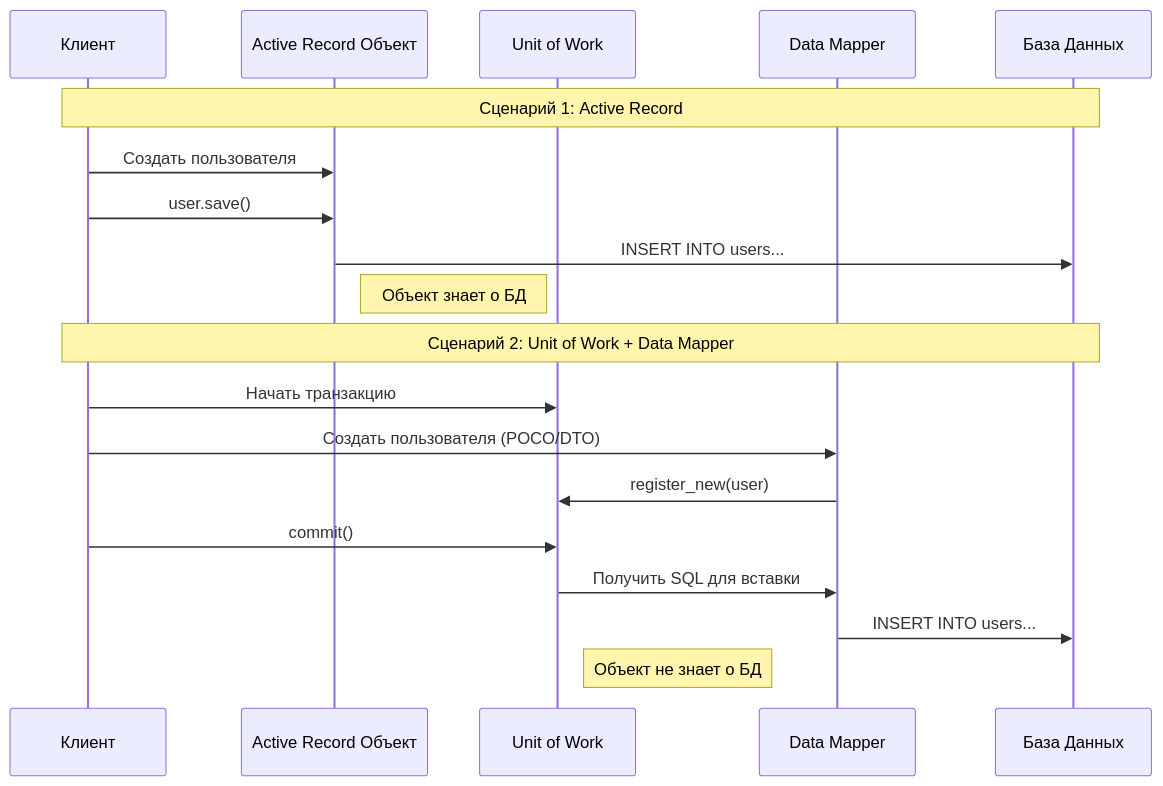
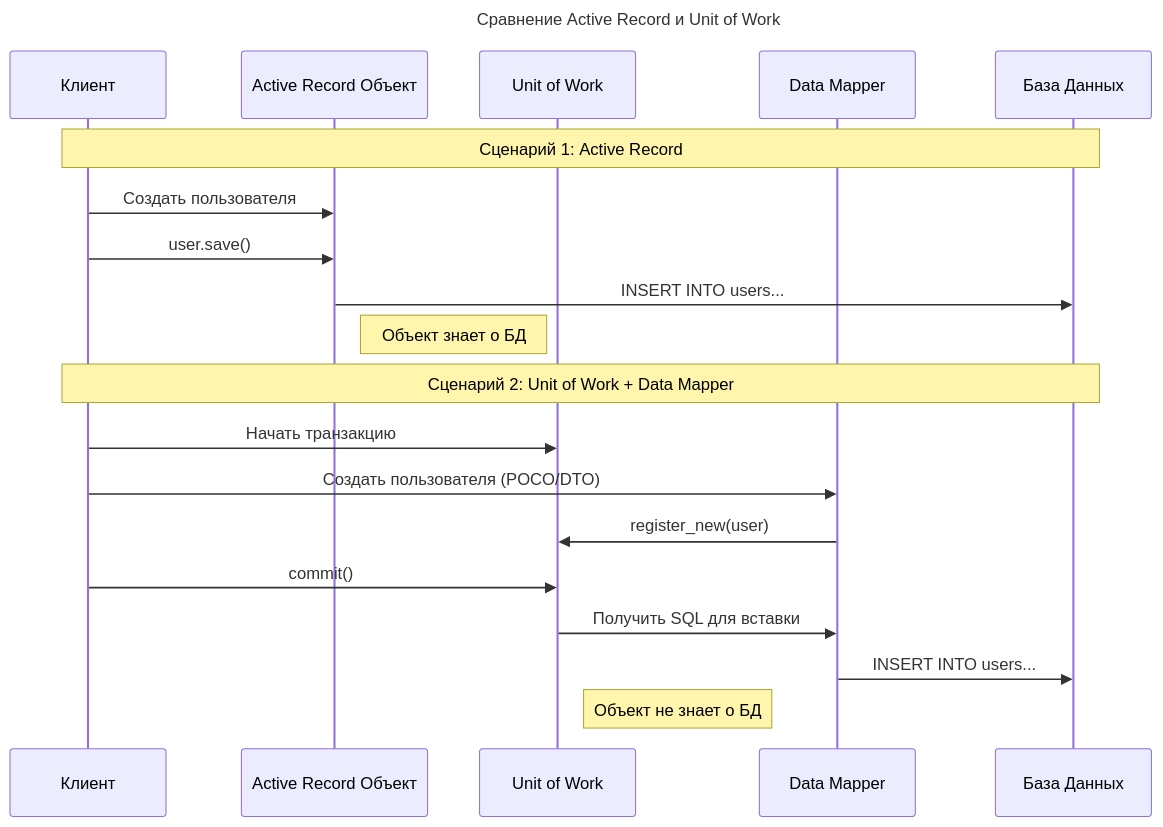
Before and after one commit to mrtxee/enterprise-developer-almanac: the diagram in software-engineer/pattern/enterprise-patterns/PoEAA/Active Record.md, drawn with Mermaid. The commit also changed other lines of this file and 40 other files, not shown here.

````diff
--- a/software-engineer/pattern/enterprise-patterns/PoEAA/Active Record.md
+++ b/software-engineer/pattern/enterprise-patterns/PoEAA/Active Record.md
@@ -70,23 +76,26 @@
 ```mermaid
+---
+title: Сравнение Active Record и Unit of Work
+---
 sequenceDiagram
-    participant Client as Клиент
-    participant AR as Active Record Объект
-    participant UoW as Unit of Work
-    participant Mapper as Data Mapper
-    participant DB as База Данных
+  participant Client as Клиент
+  participant AR as Active Record Объект
+  participant UoW as Unit of Work
+  participant Mapper as Data Mapper
+  participant DB as База Данных
 
-    Note over Client, DB: Сценарий 1: Active Record
-    Client->>AR: Создать пользователя
-    Client->>AR: user.save()
-    AR->>DB: INSERT INTO users...
-    Note right of AR: Объект знает о БД
+  Note over Client, DB: Сценарий 1: Active Record
+  Client->>AR: Создать пользователя
+  Client->>AR: user.save()
+  AR->>DB: INSERT INTO users...
+  Note right of AR: Объект знает о БД
 
-    Note over Client, DB: Сценарий 2: Unit of Work + Data Mapper
-    Client->>UoW: Начать транзакцию
-    Client->>Mapper: Создать пользователя (POCO/DTO)
-    Mapper->>UoW: register_new(user)
-    Client->>UoW: commit()
-    UoW->>Mapper: Получить SQL для вставки
-    Mapper->>DB: INSERT INTO users...
-    Note right of UoW: Объект не знает о БД
+  Note over Client, DB: Сценарий 2: Unit of Work + Data Mapper
+  Client->>UoW: Начать транзакцию
+  Client->>Mapper: Создать пользователя (POCO/DTO)
+  Mapper->>UoW: register_new(user)
+  Client->>UoW: commit()
+  UoW->>Mapper: Получить SQL для вставки
+  Mapper->>DB: INSERT INTO users...
+  Note right of UoW: Объект не знает о БД
 ```
````
